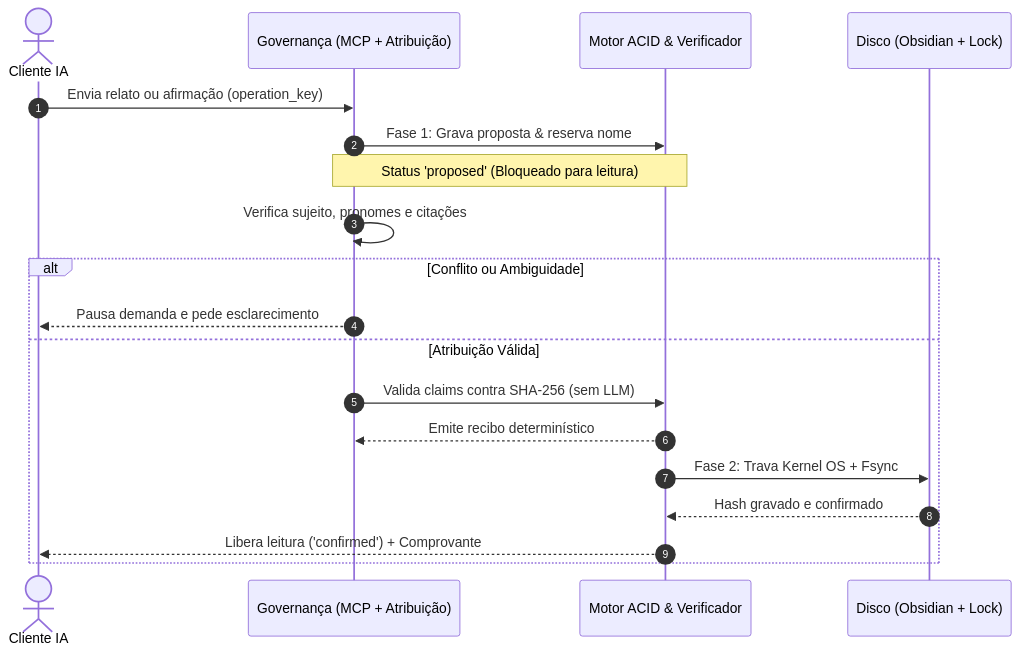
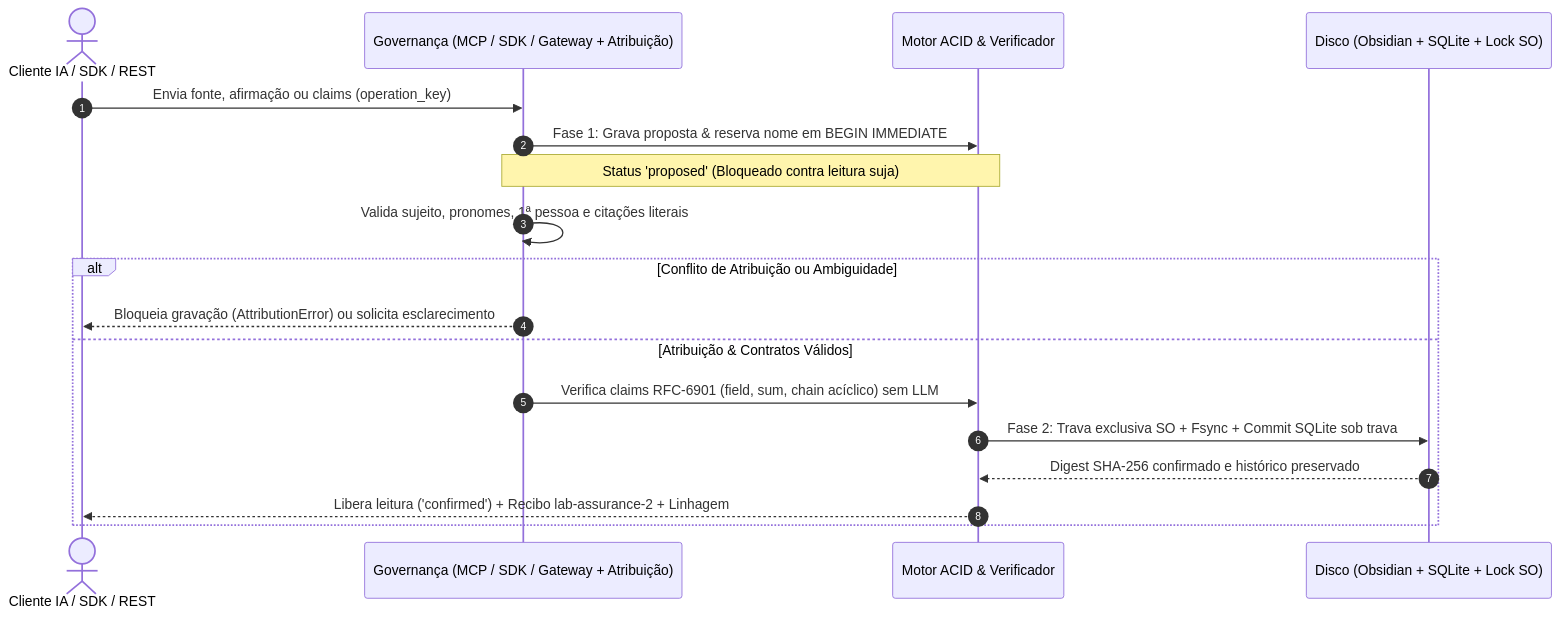
The third of 3 diagrams in README.md (leoguimaraes49/epistemic-memory-core), drawn with Mermaid before and after one commit. The commit also changed other lines of this file and 30 other files, not shown here.

````diff
--- a/README.md
+++ b/README.md
@@ -146,23 +158,22 @@
 ```mermaid
 sequenceDiagram
     autonumber
-    actor U as Cliente IA
-    participant G as Governança (MCP + Atribuição)
+    actor U as Cliente IA / SDK / REST
+    participant G as Governança (MCP / SDK / Gateway + Atribuição)
     participant M as Motor ACID & Verificador
-    participant D as Disco (Obsidian + Lock)
+    participant D as Disco (Obsidian + SQLite + Lock SO)
 
-    U->>G: Envia relato ou afirmação (operation_key)
-    G->>M: Fase 1: Grava proposta & reserva nome
-    Note over G,M: Status 'proposed' (Bloqueado para leitura)
-    
-    G->>G: Verifica sujeito, pronomes e citações
-    alt Conflito ou Ambiguidade
-        G-->>U: Pausa demanda e pede esclarecimento
-    else Atribuição Válida
-        G->>M: Valida claims contra SHA-256 (sem LLM)
-        M-->>G: Emite recibo determinístico
-        M->>D: Fase 2: Trava Kernel OS + Fsync
-        D-->>M: Hash gravado e confirmado
-        M-->>U: Libera leitura ('confirmed') + Comprovante
+    U->>G: Envia fonte, afirmação ou claims (operation_key)
+    G->>M: Fase 1: Grava proposta & reserva nome em BEGIN IMMEDIATE
+    Note over G,M: Status 'proposed' (Bloqueado contra leitura suja)
+
+    G->>G: Valida sujeito, pronomes, 1ª pessoa e citações literais
+    alt Conflito de Atribuição ou Ambiguidade
+        G-->>U: Bloqueia gravação (AttributionError) ou solicita esclarecimento
+    else Atribuição & Contratos Válidos
+        G->>M: Verifica claims RFC-6901 (field, sum, chain acíclico) sem LLM
+        M->>D: Fase 2: Trava exclusiva SO + Fsync + Commit SQLite sob trava
+        D-->>M: Digest SHA-256 confirmado e histórico preservado
+        M-->>U: Libera leitura ('confirmed') + Recibo lab-assurance-2 + Linhagem
     end
 ```
````
